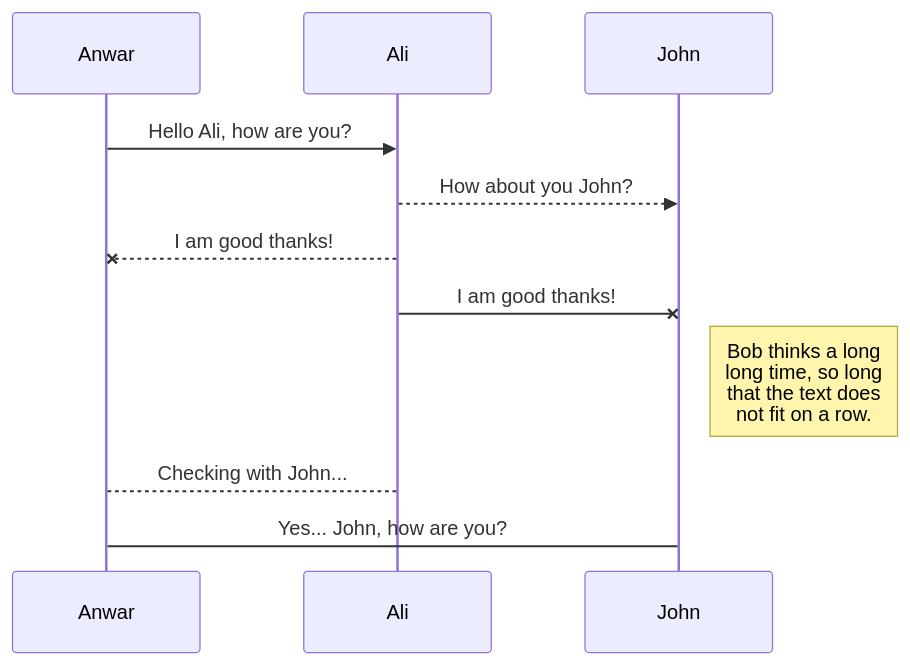
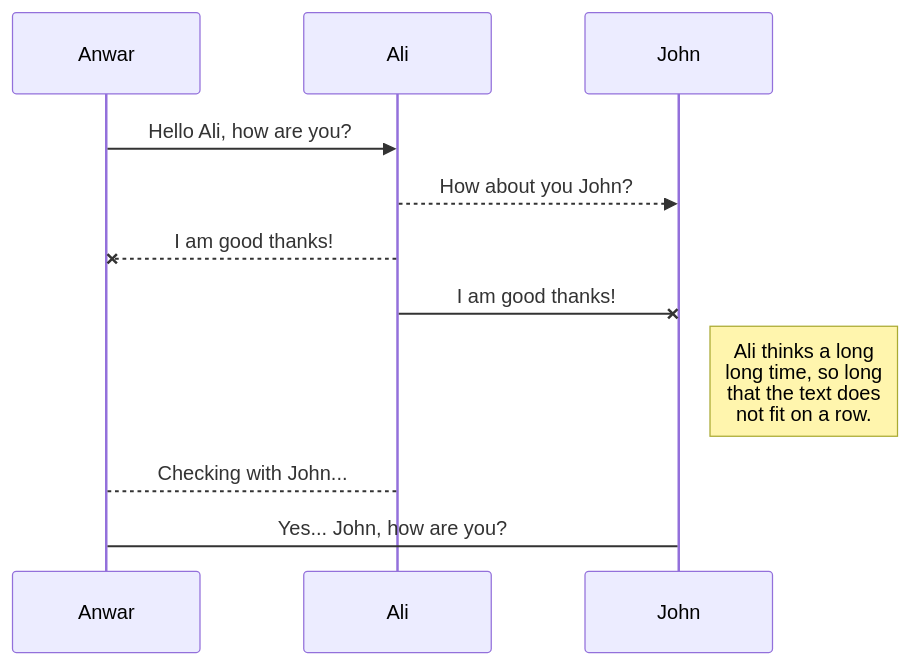
The diagram in exercise/muhd-anwar/exer2.md (drshahizan/learn-github), drawn with Mermaid before and after one commit.

````diff
--- a/exercise/muhd-anwar/exer2.md
+++ b/exercise/muhd-anwar/exer2.md
@@ -5,11 +5,11 @@
 ```mermaid
 sequenceDiagram
 Anwar ->> Ali: Hello Ali, how are you?
 Ali-->>John: How about you John?
 Ali--x Anwar: I am good thanks!
 Ali-x John: I am good thanks!
-Note right of John: Bob thinks a long<br/>long time, so long<br/>that the text does<br/>not fit on a row.
+Note right of John: Ali thinks a long<br/>long time, so long<br/>that the text does<br/>not fit on a row.
 
 Ali-->Anwar: Checking with John...
 Anwar->John: Yes... John, how are you?
 ```
````
